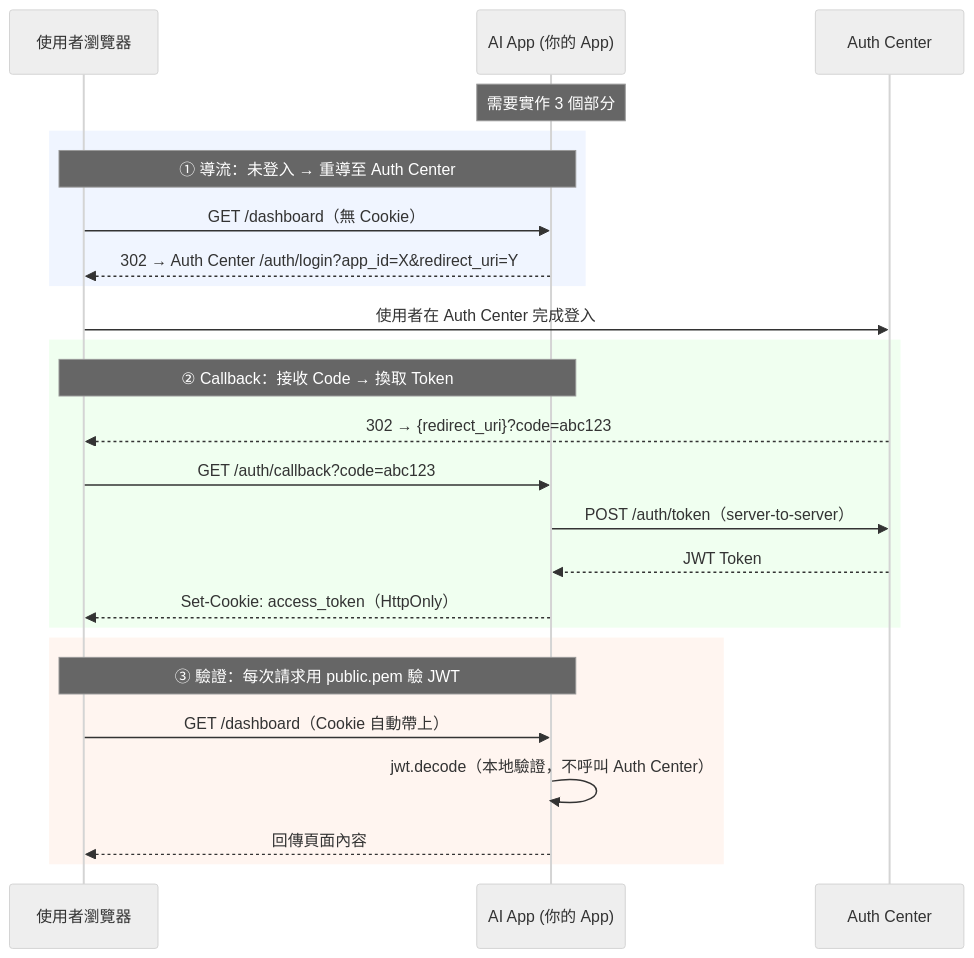
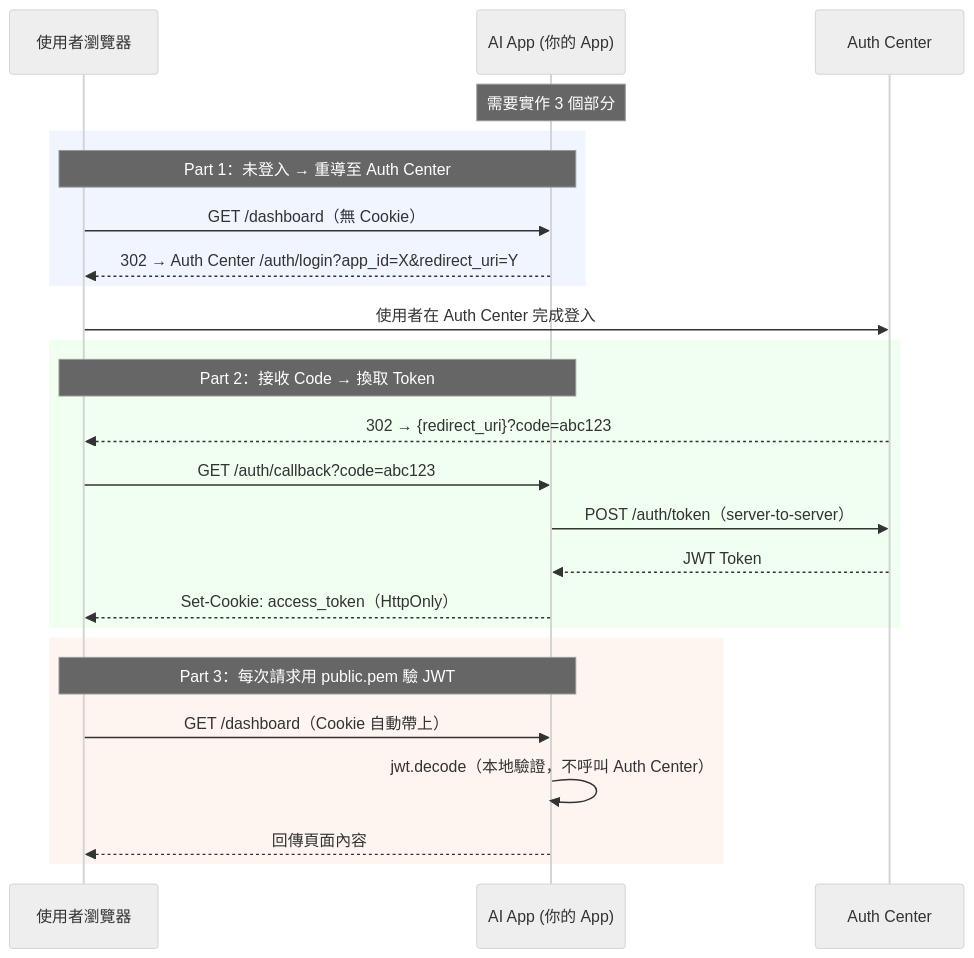
The seventh of 7 diagrams in README.md (bwinken/authcenter), drawn with Mermaid (neutral theme) before and after one commit. The commit also changed other lines of this file and 1 other file, not shown here.

````diff
--- a/README.md
+++ b/README.md
@@ -464,32 +640,32 @@
 ```mermaid
 sequenceDiagram
     participant U as 使用者瀏覽器
     participant A as AI App (你的 App)
     participant C as Auth Center
 
     Note over A: 需要實作 3 個部分
 
     rect rgb(240, 245, 255)
-    Note over U,A: ① 導流：未登入 → 重導至 Auth Center
+    Note over U,A: Part 1：未登入 → 重導至 Auth Center
     U->>A: GET /dashboard（無 Cookie）
     A-->>U: 302 → Auth Center /auth/login?app_id=X&redirect_uri=Y
     end
 
     U->>C: 使用者在 Auth Center 完成登入
 
     rect rgb(240, 255, 240)
-    Note over U,A: ② Callback：接收 Code → 換取 Token
+    Note over U,A: Part 2：接收 Code → 換取 Token
     C-->>U: 302 → {redirect_uri}?code=abc123
     U->>A: GET /auth/callback?code=abc123
     A->>C: POST /auth/token（server-to-server）
     C-->>A: JWT Token
     A-->>U: Set-Cookie: access_token（HttpOnly）
     end
 
     rect rgb(255, 245, 240)
-    Note over U,A: ③ 驗證：每次請求用 public.pem 驗 JWT
+    Note over U,A: Part 3：每次請求用 public.pem 驗 JWT
     U->>A: GET /dashboard（Cookie 自動帶上）
     A->>A: jwt.decode（本地驗證，不呼叫 Auth Center）
     A-->>U: 回傳頁面內容
     end
 ```
````
